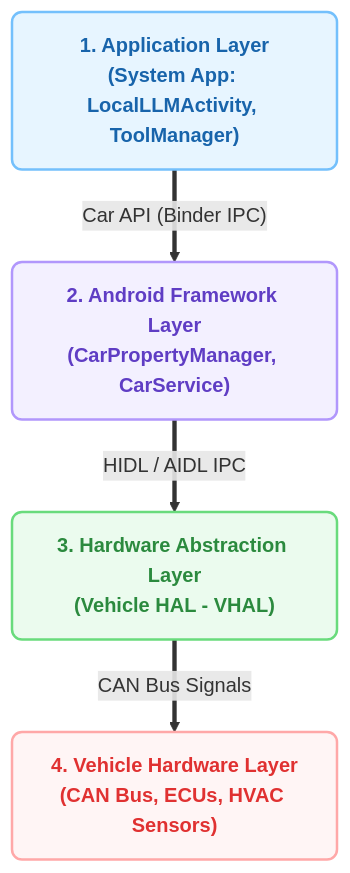
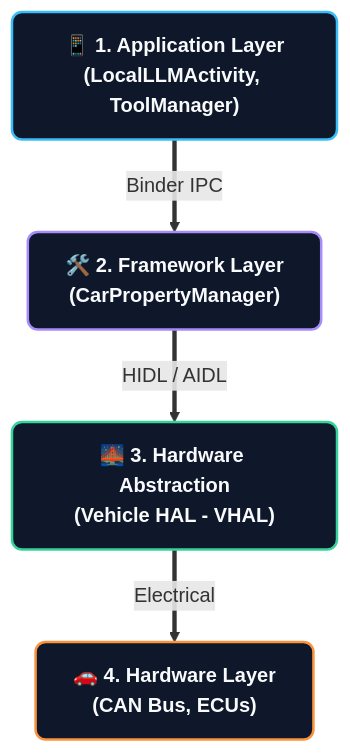
One commit to hemangpandhi/ai-assistant changed the third of 4 diagrams in ARCHITECTURE.md. Above: the diagram before and after it, drawn with Mermaid. The commit also changed other lines of this file, not shown here.

Commit message:
docs: redesign Mermaid diagrams with sleek enterprise theme

````diff
--- a/ARCHITECTURE.md
+++ b/ARCHITECTURE.md
@@ -120,18 +94,16 @@
 ```mermaid
 flowchart TD
-    classDef app fill:#e7f5ff,stroke:#74c0fc,stroke-width:2px,color:#1864ab,rx:8px,ry:8px,font-weight:bold;
-    classDef fw fill:#f3f0ff,stroke:#b197fc,stroke-width:2px,color:#5f3dc4,rx:8px,ry:8px,font-weight:bold;
-    classDef hal fill:#ebfbee,stroke:#69db7c,stroke-width:2px,color:#2b8a3e,rx:8px,ry:8px,font-weight:bold;
-    classDef hw fill:#fff5f5,stroke:#ffa8a8,stroke-width:2px,color:#e03131,rx:8px,ry:8px,font-weight:bold;
+    classDef app fill:#0F172A,stroke:#38BDF8,stroke-width:2px,color:#F8FAFC,rx:8px,ry:8px,font-weight:bold;
+    classDef fw fill:#0F172A,stroke:#A78BFA,stroke-width:2px,color:#F8FAFC,rx:8px,ry:8px,font-weight:bold;
+    classDef hal fill:#0F172A,stroke:#34D399,stroke-width:2px,color:#F8FAFC,rx:8px,ry:8px,font-weight:bold;
+    classDef hw fill:#0F172A,stroke:#FB923C,stroke-width:2px,color:#F8FAFC,rx:8px,ry:8px,font-weight:bold;
 
-    %% Nodes
-    APP["1. Application Layer<br/>(System App: LocalLLMActivity, ToolManager)"]:::app
-    FW["2. Android Framework Layer<br/>(CarPropertyManager, CarService)"]:::fw
-    HAL["3. Hardware Abstraction Layer<br/>(Vehicle HAL - VHAL)"]:::hal
-    HW["4. Vehicle Hardware Layer<br/>(CAN Bus, ECUs, HVAC Sensors)"]:::hw
+    APP["📱 1. Application Layer<br/>(LocalLLMActivity, ToolManager)"]:::app
+    FW["🛠️ 2. Framework Layer<br/>(CarPropertyManager)"]:::fw
+    HAL["🌉 3. Hardware Abstraction<br/>(Vehicle HAL - VHAL)"]:::hal
+    HW["🚗 4. Hardware Layer<br/>(CAN Bus, ECUs)"]:::hw
 
-    %% Connections
-    APP ==>|"Car API (Binder IPC)"| FW
-    FW ==>|"HIDL / AIDL IPC"| HAL
-    HAL ==>|"CAN Bus Signals"| HW
+    APP ==>|"Binder IPC"| FW
+    FW ==>|"HIDL / AIDL"| HAL
+    HAL ==>|"Electrical"| HW
 ```
````
